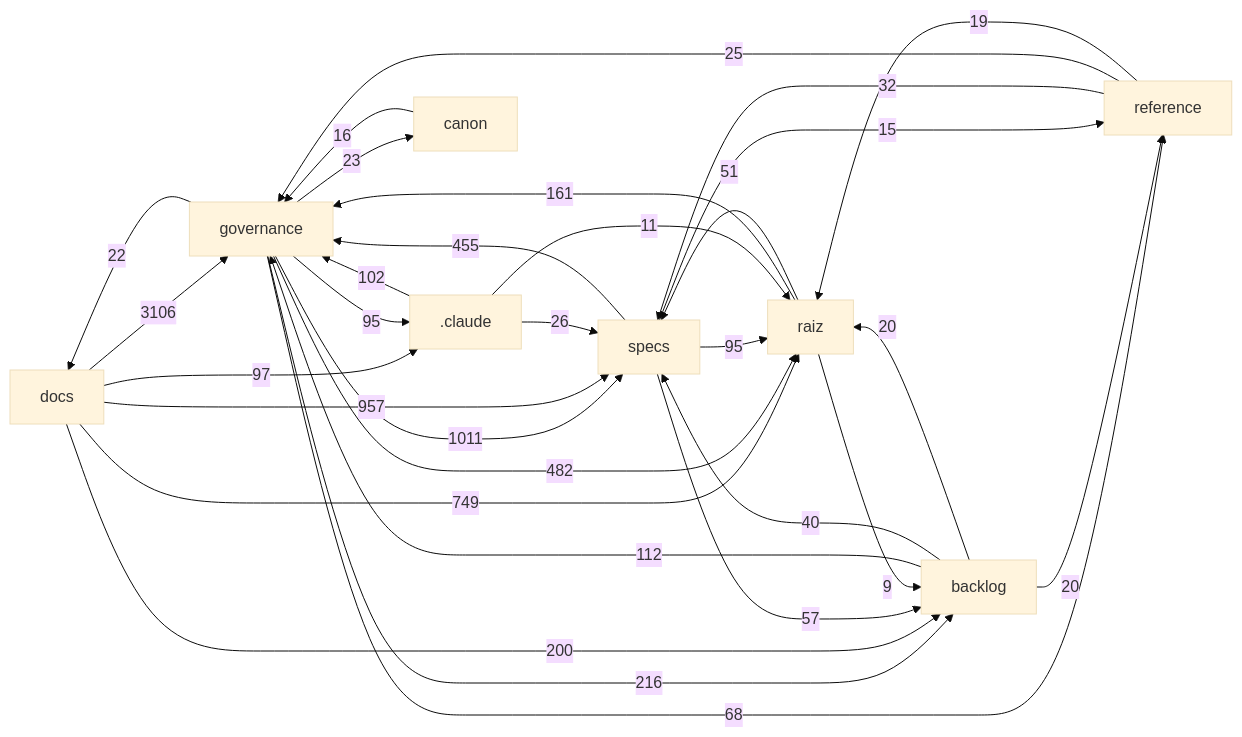
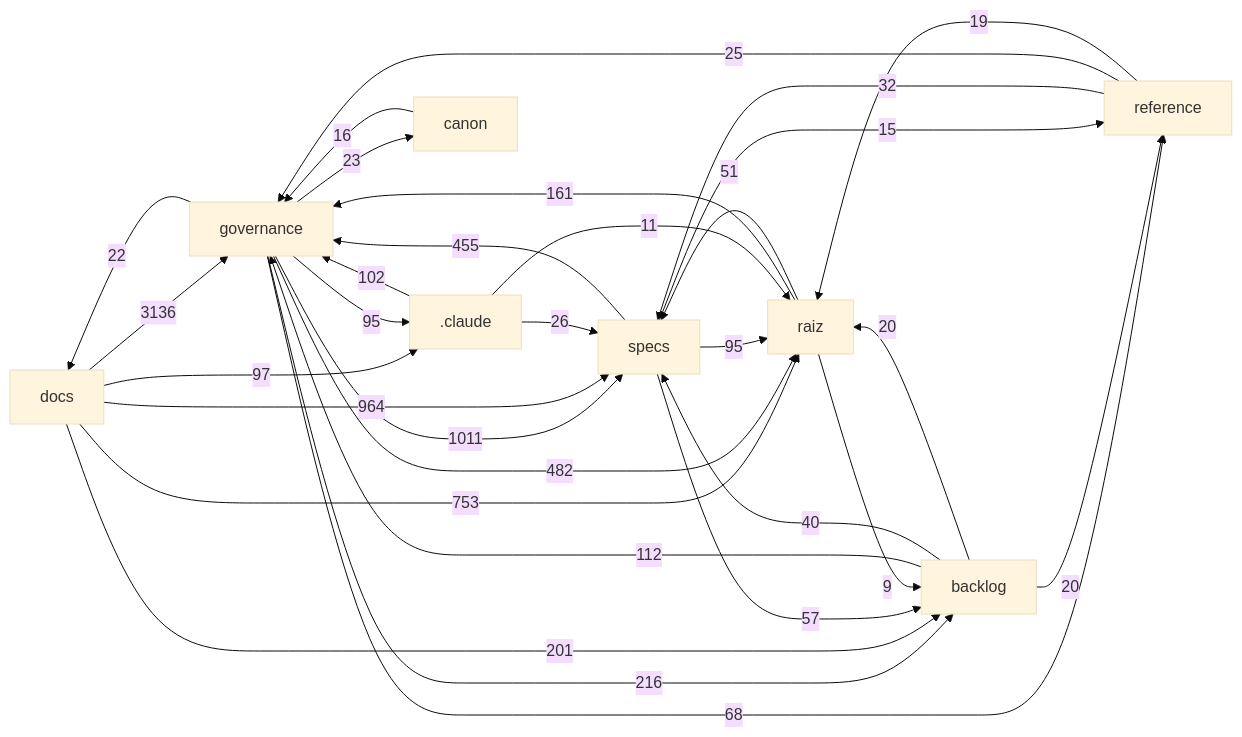
One commit to Andraus35/Sistema-Operacional-de-Trading--SOT changed the diagram in docs/mapa/MAPA-PROJETO.md. Above: the diagram before and after it, drawn with Mermaid (base theme). The commit also changed other lines of this file and 1 other file, not shown here.

````diff
--- a/docs/mapa/MAPA-PROJETO.md
+++ b/docs/mapa/MAPA-PROJETO.md
@@ -29,33 +29,33 @@
 ```mermaid
 flowchart LR
-  docs["docs"] -->|3106| governance["governance"]
+  docs["docs"] -->|3136| governance["governance"]
   governance["governance"] -->|1011| specs["specs"]
-  docs["docs"] -->|957| specs["specs"]
-  docs["docs"] -->|749| raiz["raiz"]
+  docs["docs"] -->|964| specs["specs"]
+  docs["docs"] -->|753| raiz["raiz"]
   governance["governance"] -->|482| raiz["raiz"]
   specs["specs"] -->|455| governance["governance"]
   governance["governance"] -->|216| backlog["backlog"]
-  docs["docs"] -->|200| backlog["backlog"]
+  docs["docs"] -->|201| backlog["backlog"]
   raiz["raiz"] -->|161| governance["governance"]
   backlog["backlog"] -->|112| governance["governance"]
   _claude[".claude"] -->|102| governance["governance"]
   docs["docs"] -->|97| _claude[".claude"]
   governance["governance"] -->|95| _claude[".claude"]
   specs["specs"] -->|95| raiz["raiz"]
   governance["governance"] -->|68| reference["reference"]
   specs["specs"] -->|57| backlog["backlog"]
   raiz["raiz"] -->|51| specs["specs"]
   backlog["backlog"] -->|40| specs["specs"]
   reference["reference"] -->|32| specs["specs"]
   _claude[".claude"] -->|26| specs["specs"]
   reference["reference"] -->|25| governance["governance"]
   governance["governance"] -->|23| canon["canon"]
   governance["governance"] -->|22| docs["docs"]
   backlog["backlog"] -->|20| raiz["raiz"]
   backlog["backlog"] -->|20| reference["reference"]
   reference["reference"] -->|19| raiz["raiz"]
   canon["canon"] -->|16| governance["governance"]
   specs["specs"] -->|15| reference["reference"]
   _claude[".claude"] -->|11| raiz["raiz"]
   raiz["raiz"] -->|9| backlog["backlog"]
 ```
````
